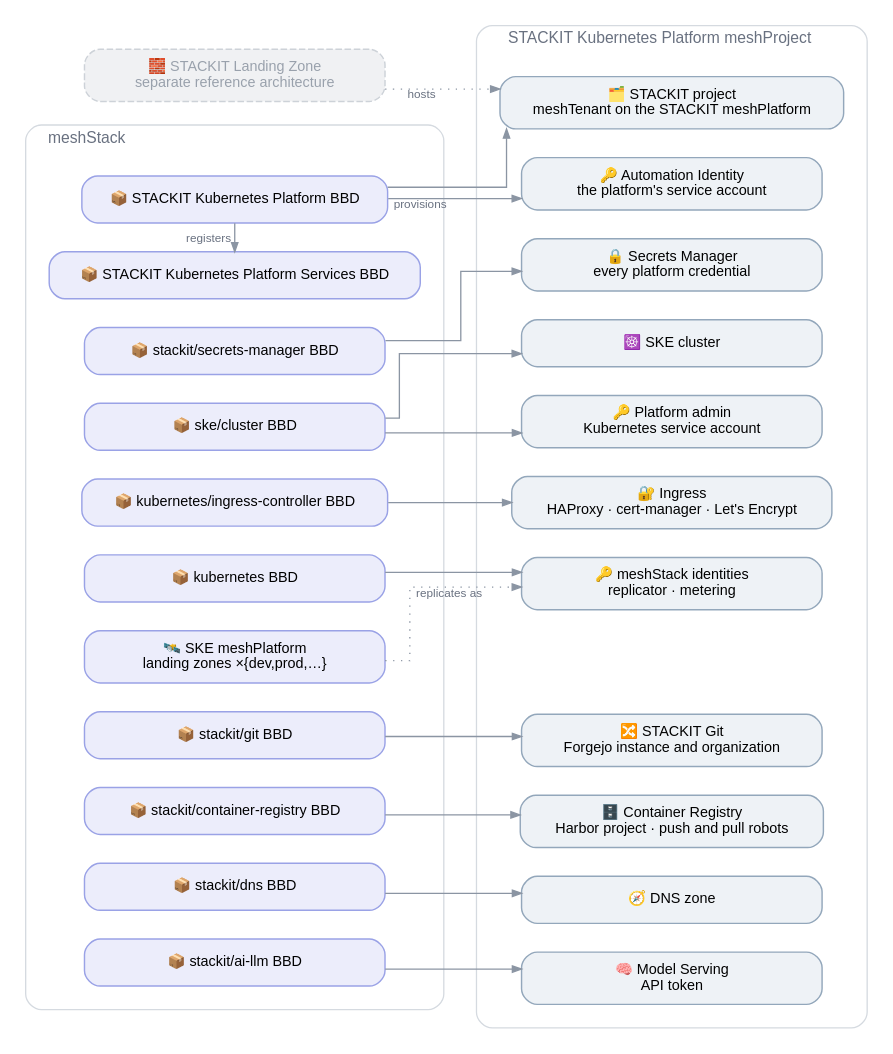
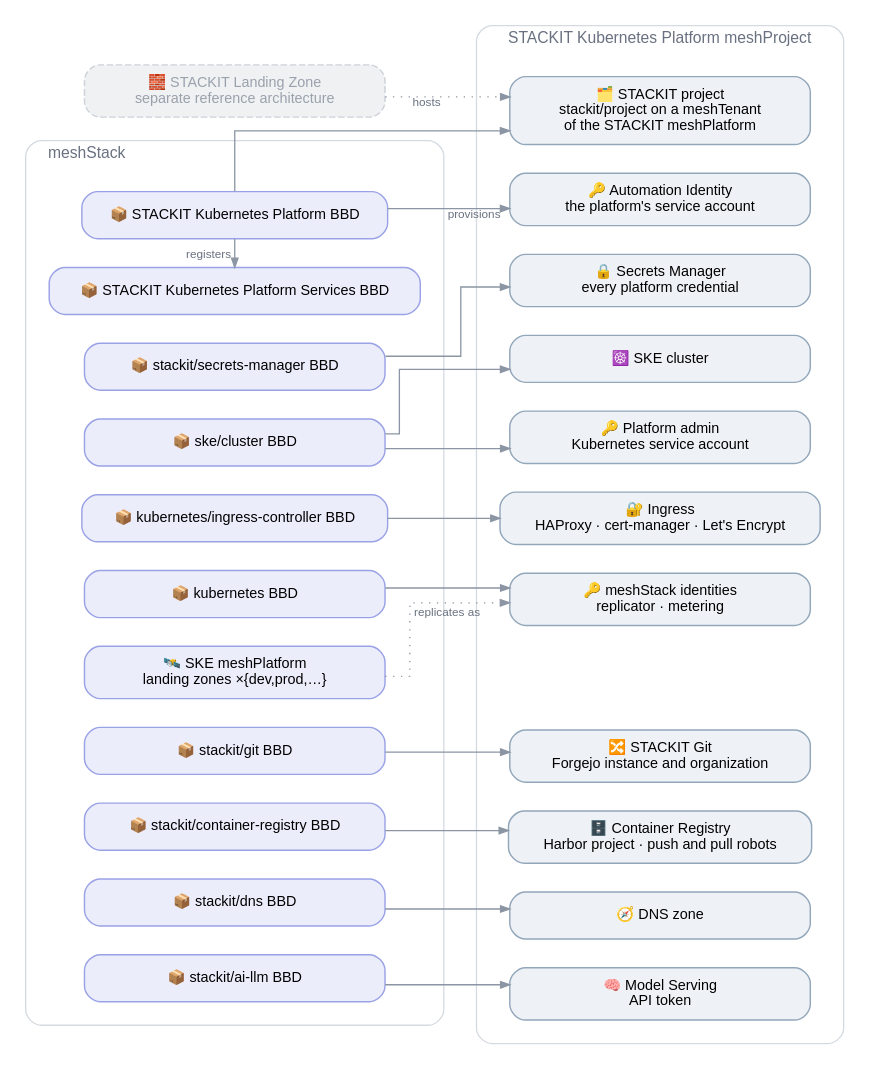
The diagram in reference-architectures/stackit-kubernetes/stackit-kubernetes.dot (meshcloud/meshstack-hub), drawn with Graphviz before and after one commit. The commit also changed 17 other files, not shown here.

First line of the commit message:
feat(ref-arch/stackit-kubernetes)!: order STACKIT Project on the platform's tenant

```diff
--- a/reference-architectures/stackit-kubernetes/stackit-kubernetes.dot
+++ b/reference-architectures/stackit-kubernetes/stackit-kubernetes.dot
@@ -1,85 +1,85 @@
 /*
  * STACKIT Kubernetes (SKE) reference architecture — platform-team view: the definitions the platform
  * registers and what each provisions. The per-application-team view is
  * stackit-kubernetes-app-team.dot; the building block tree is stackit-kubernetes-building-blocks.dot.
  * rankdir=LR stacks each column top-down, so the diagram stays narrow.
  * Conventions: .agents/references/diagrams.md — render with: task diagrams
  */
 digraph stackit_kubernetes_platform {
   rankdir=LR
   splines=ortho
   forcelabels=true
   bgcolor="white"
   nodesep=0.3
   ranksep=0.85
 
   node [shape=box style="rounded,filled" fontname="Helvetica" fontsize=11
         fillcolor="#ffffff" color="#a2abb8" penwidth=1.1 margin="0.20,0.11" width=3.2]
   edge [fontname="Helvetica" fontsize=9 fontcolor="#697180" color="#8b95a3" arrowsize=0.7]
 
   LZBB [label="🧱 STACKIT Landing Zone\nseparate reference architecture"
         style="rounded,filled,dashed" fillcolor="#f0f1f3" color="#cdd2d8" fontcolor="#99a1ac"]
 
   subgraph cluster_mesh {
     label="  meshStack"
     labeljust=l
     fontname="Helvetica" fontsize=12 fontcolor="#697180"
     style="rounded" color="#d5dae0"
     margin=18
 
     OUTER  [label="📦 STACKIT Kubernetes Platform BBD" fillcolor="#ecedfb" color="#9aa2e6"]
     SVC    [label="📦 STACKIT Kubernetes Platform Services BBD" fillcolor="#ecedfb" color="#9aa2e6"]
     BBD_S  [label="📦 stackit/secrets-manager BBD" fillcolor="#ecedfb" color="#9aa2e6"]
     BBD_K  [label="📦 ske/cluster BBD" fillcolor="#ecedfb" color="#9aa2e6"]
     BBD_I  [label="📦 kubernetes/ingress-controller BBD" fillcolor="#ecedfb" color="#9aa2e6"]
     BBD_A  [label="📦 kubernetes BBD" fillcolor="#ecedfb" color="#9aa2e6"]
     PLAT   [label="🛰️ SKE meshPlatform\nlanding zones ×{dev,prod,…}" fillcolor="#ecedfb" color="#9aa2e6"]
     BBD_G  [label="📦 stackit/git BBD" fillcolor="#ecedfb" color="#9aa2e6"]
     BBD_H  [label="📦 stackit/container-registry BBD" fillcolor="#ecedfb" color="#9aa2e6"]
     BBD_D  [label="📦 stackit/dns BBD" fillcolor="#ecedfb" color="#9aa2e6"]
     BBD_M  [label="📦 stackit/ai-llm BBD" fillcolor="#ecedfb" color="#9aa2e6"]
 
     // Under rankdir=LR a same-rank chain stacks upwards, so it runs bottom to top.
     { rank=same; BBD_M -> BBD_D -> BBD_H -> BBD_G -> PLAT -> BBD_A -> BBD_I -> BBD_K -> BBD_S -> SVC [style=invis] }
     { rank=same; SVC -> OUTER [dir=back xlabel="registers"] }
   }
 
   subgraph cluster_stackit {
     label="  STACKIT Kubernetes Platform meshProject"
     labeljust=l
     fontname="Helvetica" fontsize=12 fontcolor="#697180"
     style="rounded" color="#d5dae0"
     margin=18
 
-    PROJ   [label="🗂️ STACKIT project\nmeshTenant on the STACKIT meshPlatform" fillcolor="#eef2f6" color="#93a7bb"]
+    PROJ   [label="🗂️ STACKIT project\nstackit/project on a meshTenant\nof the STACKIT meshPlatform" fillcolor="#eef2f6" color="#93a7bb"]
     SA     [label="🔑 Automation Identity\nthe platform's service account" fillcolor="#eef2f6" color="#93a7bb"]
     SM     [label="🔒 Secrets Manager\nevery platform credential" fillcolor="#eef2f6" color="#93a7bb"]
     SKE    [label="☸️ SKE cluster" fillcolor="#eef2f6" color="#93a7bb"]
     KSA    [label="🔑 Platform admin\nKubernetes service account" fillcolor="#eef2f6" color="#93a7bb"]
     ING    [label="🔐 Ingress\nHAProxy · cert-manager · Let's Encrypt" fillcolor="#eef2f6" color="#93a7bb"]
     AGENT  [label="🔑 meshStack identities\nreplicator · metering" fillcolor="#eef2f6" color="#93a7bb"]
     GIT    [label="🔀 STACKIT Git\nForgejo instance and organization" fillcolor="#eef2f6" color="#93a7bb"]
     HARBOR [label="🗄️ Container Registry\nHarbor project · push and pull robots" fillcolor="#eef2f6" color="#93a7bb"]
     DNS    [label="🧭 DNS zone" fillcolor="#eef2f6" color="#93a7bb"]
     MODEL  [label="🧠 Model Serving\nAPI token" fillcolor="#eef2f6" color="#93a7bb"]
 
     // Keeps each resource level with its definition opposite the SKE Platform row.
     PAD [style=invis label=""]
 
     { rank=same; MODEL -> DNS -> HARBOR -> GIT -> PAD -> AGENT -> ING -> KSA -> SKE -> SM -> SA -> PROJ [style=invis] }
   }
 
   LZBB  -> PROJ   [xlabel="hosts" style=dotted]
   OUTER -> PROJ
   OUTER -> SA     [xlabel="provisions"]
   BBD_S -> SM
   BBD_K -> SKE
   BBD_K -> KSA
   BBD_I -> ING
   BBD_A -> AGENT
   PLAT  -> AGENT  [xlabel="replicates as" style=dotted]
   BBD_G -> GIT
   BBD_H -> HARBOR
   BBD_D -> DNS
   BBD_M -> MODEL
 }
```
